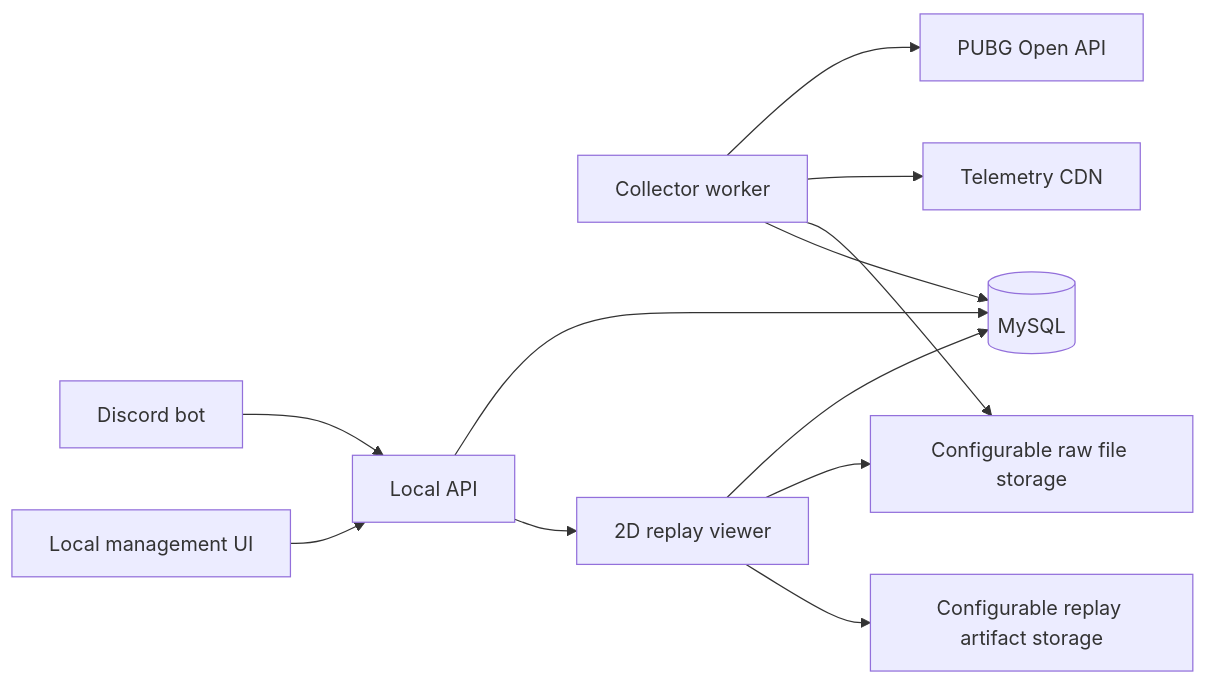
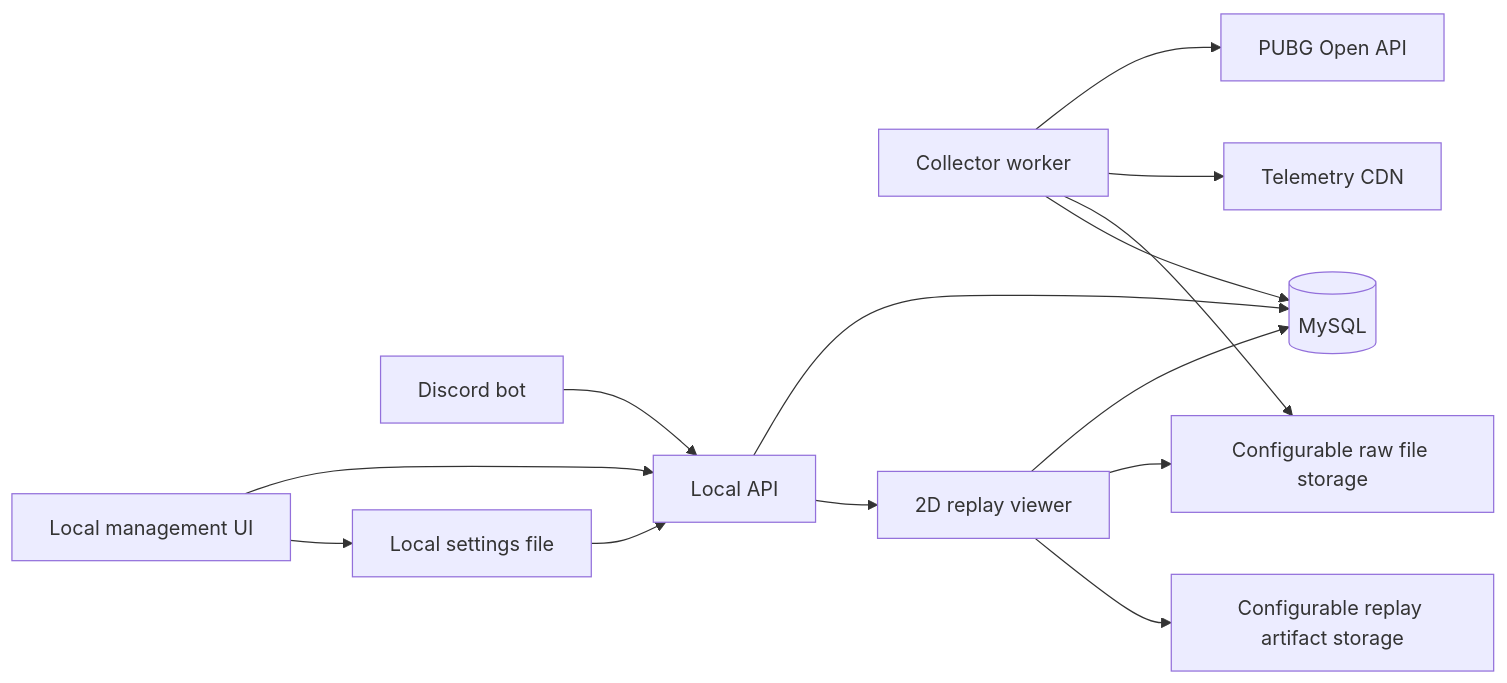
The diagram in docs/LOCAL_ARCHITECTURE_AND_MYSQL_MODEL.md (YuukiAsunaI/PUBG_AI_Code_Codex), drawn with Mermaid before and after one commit. The commit also changed other lines of this file and 7 other files, not shown here.

Commit message:
Add local storage settings support

````diff
--- a/docs/LOCAL_ARCHITECTURE_AND_MYSQL_MODEL.md
+++ b/docs/LOCAL_ARCHITECTURE_AND_MYSQL_MODEL.md
@@ -35,14 +36,16 @@
 ```mermaid
 flowchart LR
     Discord["Discord bot"] --> API["Local API"]
     UI["Local management UI"] --> API
     API --> MySQL[("MySQL")]
     Worker["Collector worker"] --> PUBG["PUBG Open API"]
     Worker --> CDN["Telemetry CDN"]
     Worker --> RawFiles["Configurable raw file storage"]
     Worker --> MySQL
     API --> Replay["2D replay viewer"]
     Replay --> MySQL
     Replay --> RawFiles
     Replay --> ReplayFiles["Configurable replay artifact storage"]
+    UI --> Settings["Local settings file"]
+    Settings --> API
 ```
````
